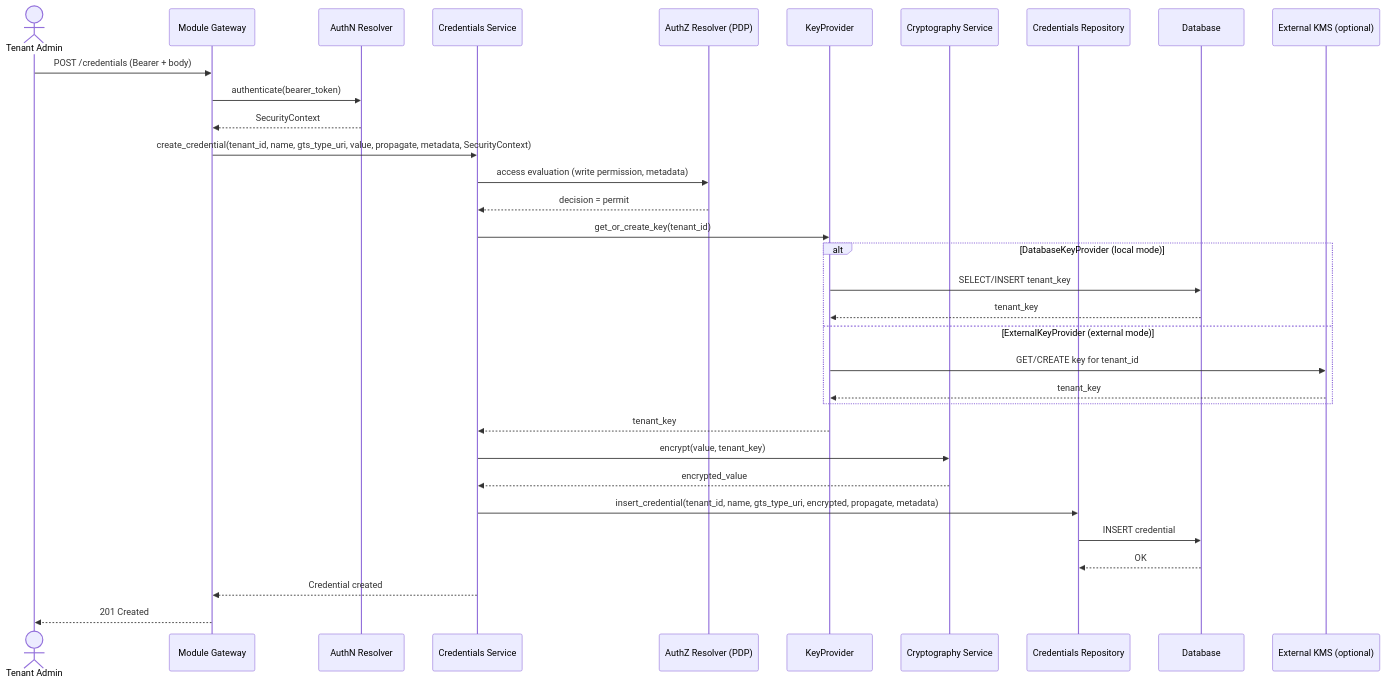
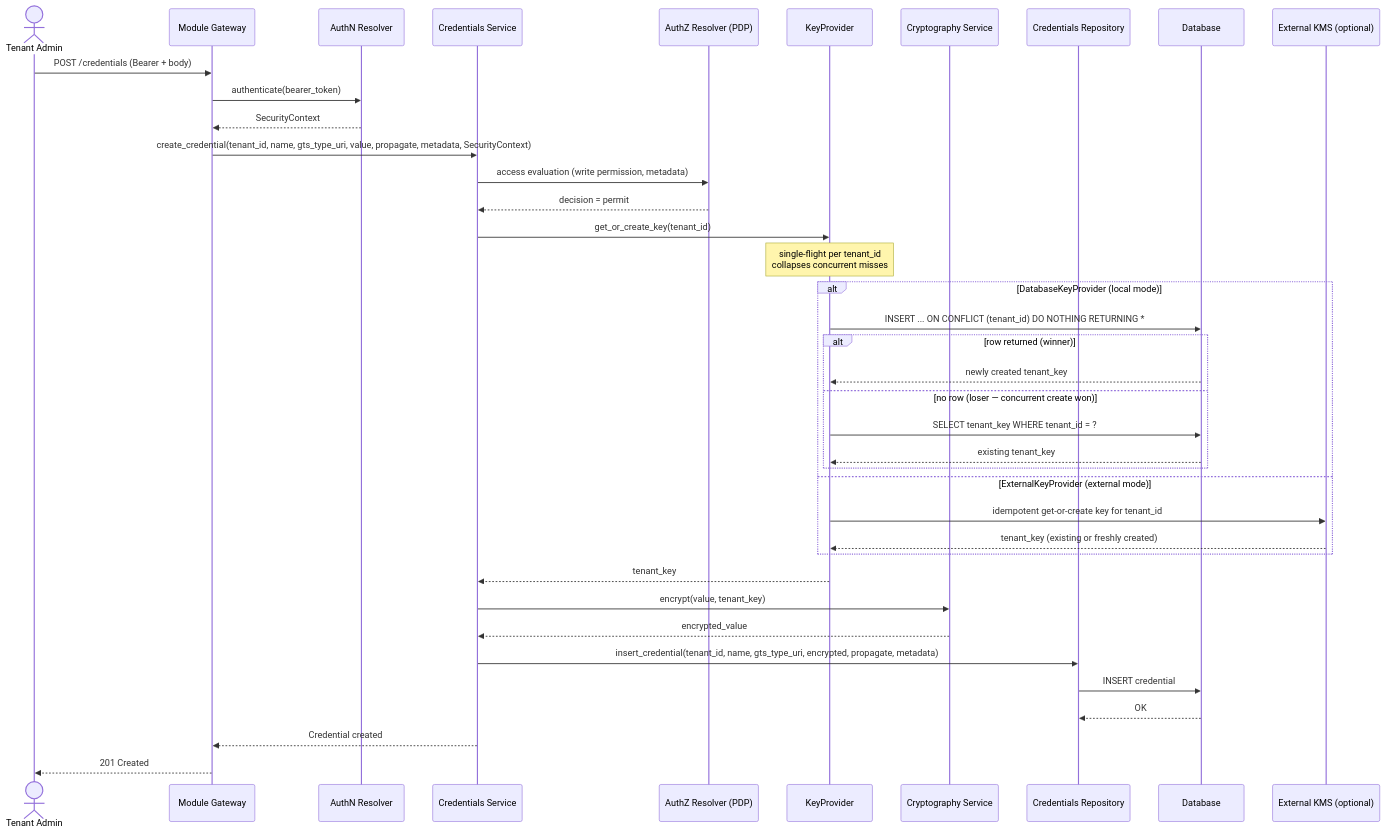
The second of 3 diagrams in modules/credstore/plugins/credentials-storage/DESIGN.md (nullhypothesic/cyberfabric-core), drawn with Mermaid before and after one commit. The commit also changed other lines of this file, not shown here.

Commit message:
docs: require idempotent KeyProvider get-or-create to fix first-key race

````diff
--- a/modules/credstore/plugins/credentials-storage/DESIGN.md
+++ b/modules/credstore/plugins/credentials-storage/DESIGN.md
@@ -460,36 +484,42 @@
 ```mermaid
 sequenceDiagram
     actor Admin as Tenant Admin
     participant GW as Module Gateway
     participant AuthN as AuthN Resolver
     participant Svc as Credentials Service
     participant AuthZ as AuthZ Resolver (PDP)
     participant KP as KeyProvider
     participant Crypto as Cryptography Service
     participant Repo as Credentials Repository
     participant DB as Database
     participant EXT as External KMS (optional)
 
     Admin->>GW: POST /credentials (Bearer + body)
     GW->>AuthN: authenticate(bearer_token)
     AuthN-->>GW: SecurityContext
     GW->>Svc: create_credential(tenant_id, name, gts_type_uri, value, propagate, metadata, SecurityContext)
     Svc->>AuthZ: access evaluation (write permission, metadata)
     AuthZ-->>Svc: decision = permit
     Svc->>KP: get_or_create_key(tenant_id)
+    Note over KP: single-flight per tenant_id<br/>collapses concurrent misses
     alt DatabaseKeyProvider (local mode)
-        KP->>DB: SELECT/INSERT tenant_key
-        DB-->>KP: tenant_key
+        KP->>DB: INSERT ... ON CONFLICT (tenant_id) DO NOTHING RETURNING *
+        alt row returned (winner)
+            DB-->>KP: newly created tenant_key
+        else no row (loser — concurrent create won)
+            KP->>DB: SELECT tenant_key WHERE tenant_id = ?
+            DB-->>KP: existing tenant_key
+        end
     else ExternalKeyProvider (external mode)
-        KP->>EXT: GET/CREATE key for tenant_id
-        EXT-->>KP: tenant_key
+        KP->>EXT: idempotent get-or-create key for tenant_id
+        EXT-->>KP: tenant_key (existing or freshly created)
     end
     KP-->>Svc: tenant_key
     Svc->>Crypto: encrypt(value, tenant_key)
     Crypto-->>Svc: encrypted_value
     Svc->>Repo: insert_credential(tenant_id, name, gts_type_uri, encrypted, propagate, metadata)
     Repo->>DB: INSERT credential
     DB-->>Repo: OK
     Svc-->>GW: Credential created
     GW-->>Admin: 201 Created
 ```
````
